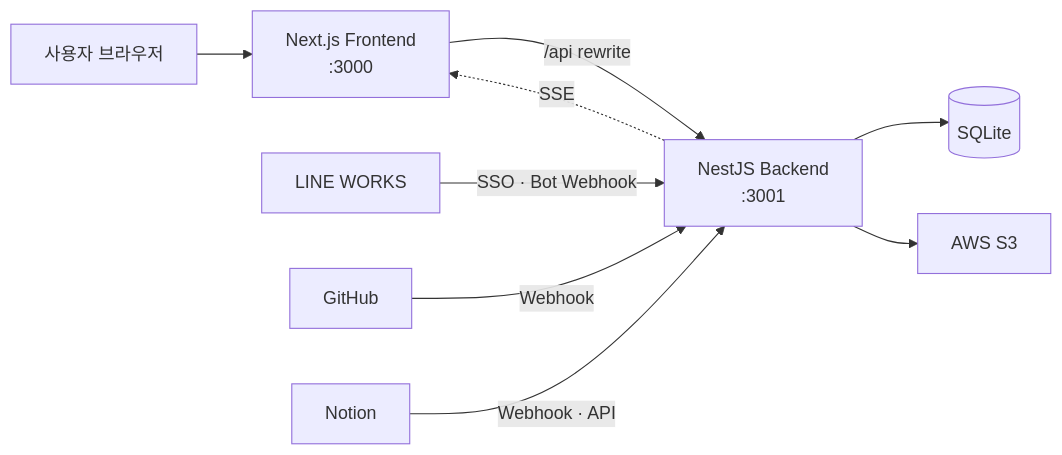
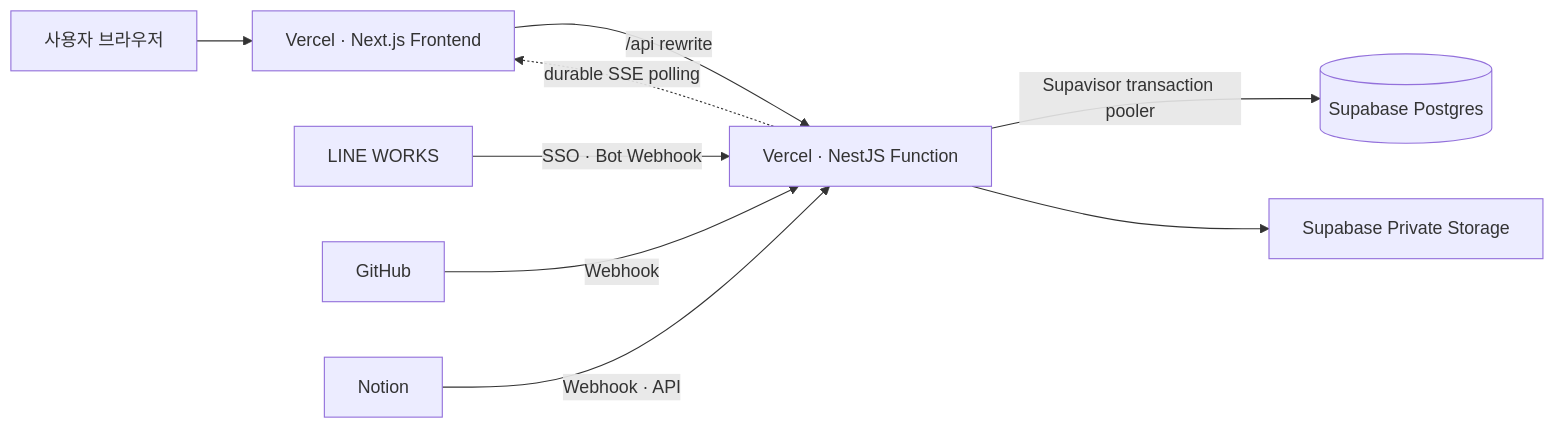
One commit to nes0903/work-tracking changed the diagram in README.md. Above: the diagram before and after it, drawn with Mermaid. The commit also changed other lines of this file and 72 other files, not shown here.

````diff
--- a/README.md
+++ b/README.md
@@ -34,12 +17,12 @@
 ```mermaid
 flowchart LR
-    U["사용자 브라우저"] --> F["Next.js Frontend<br/>:3000"]
-    F -->|"/api rewrite"| B["NestJS Backend<br/>:3001"]
-    B --> DB[("SQLite")]
-    B --> S3["AWS S3"]
-    B -. "SSE" .-> F
+    U["사용자 브라우저"] --> F["Vercel · Next.js Frontend"]
+    F -->|"/api rewrite"| B["Vercel · NestJS Function"]
+    B -->|"Supavisor transaction pooler"| DB[("Supabase Postgres")]
+    B --> ST["Supabase Private Storage"]
+    B -. "durable SSE polling" .-> F
 
     LW["LINE WORKS"] -->|"SSO · Bot Webhook"| B
     GH["GitHub"] -->|"Webhook"| B
     NT["Notion"] -->|"Webhook · API"| B
 ```
````
